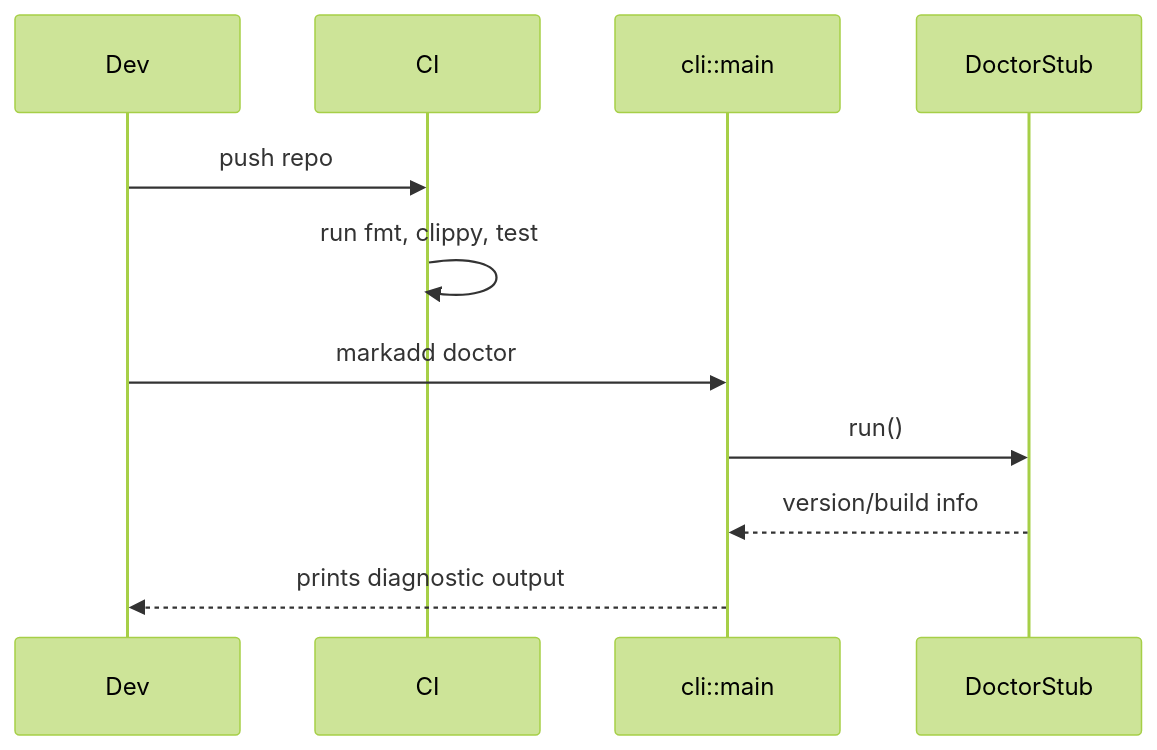
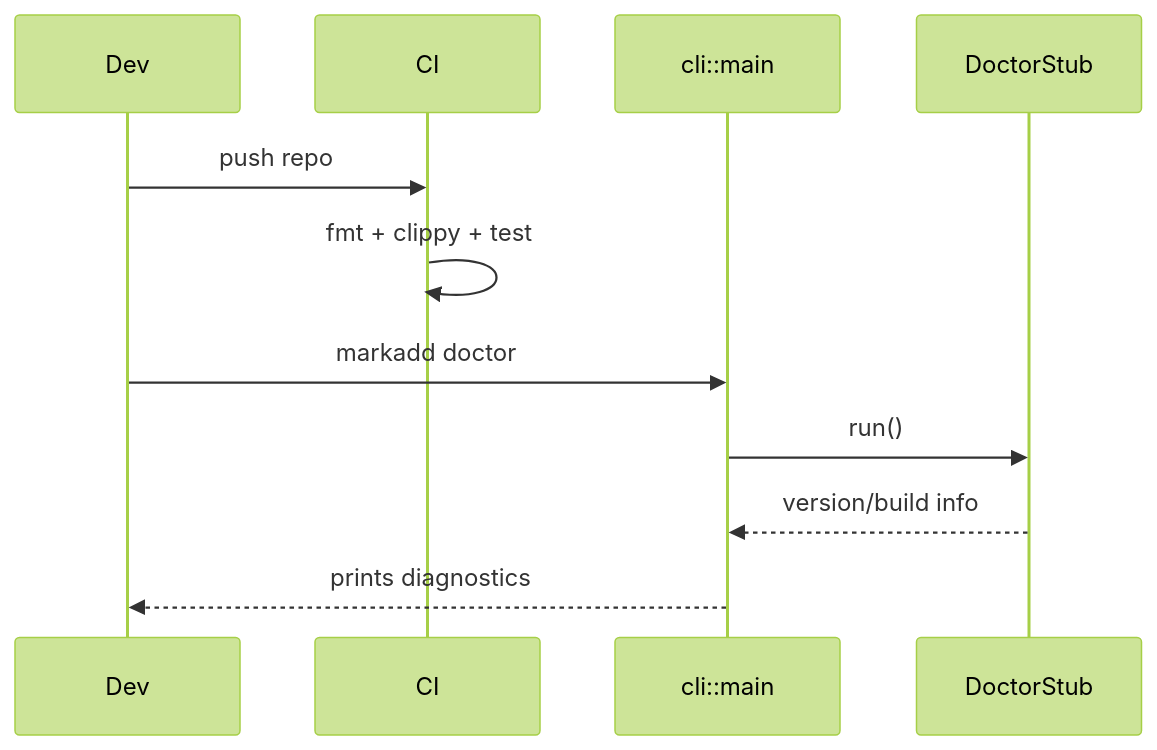
Before and after one commit to agustinvalencia/mdvault: the second of 22 diagrams in docs/01_development_plan.md, drawn with Mermaid (forest theme). The commit also changed other lines of this file and 2 other files, not shown here.

````diff
--- a/docs/01_development_plan.md
+++ b/docs/01_development_plan.md
@@ -48,14 +38,13 @@
 ```mermaid
 sequenceDiagram
   participant Dev
   participant CI
   participant CLI as cli::main
   participant Doctor as DoctorStub
-
   Dev->>CI: push repo
-  CI->>CI: run fmt, clippy, test
+  CI->>CI: fmt + clippy + test
   Dev->>CLI: markadd doctor
   CLI->>Doctor: run()
   Doctor-->>CLI: version/build info
-  CLI-->>Dev: prints diagnostic output
+  CLI-->>Dev: prints diagnostics
 ```
````
